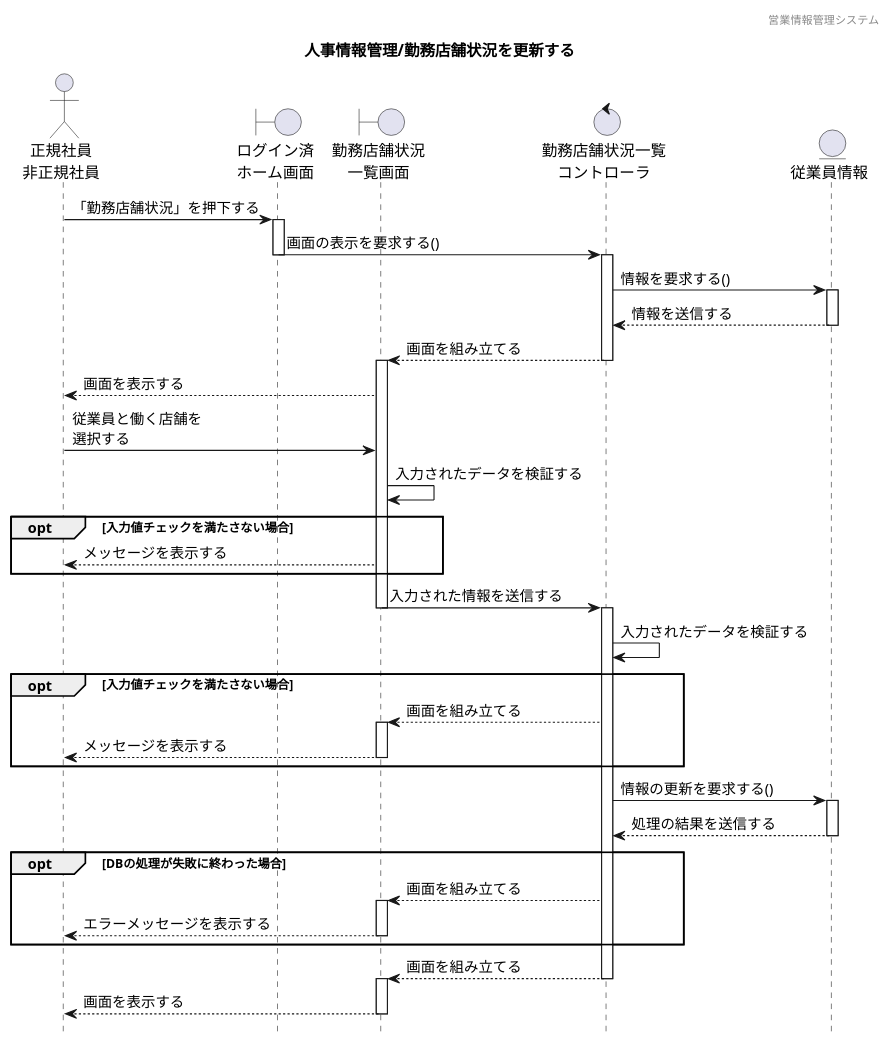
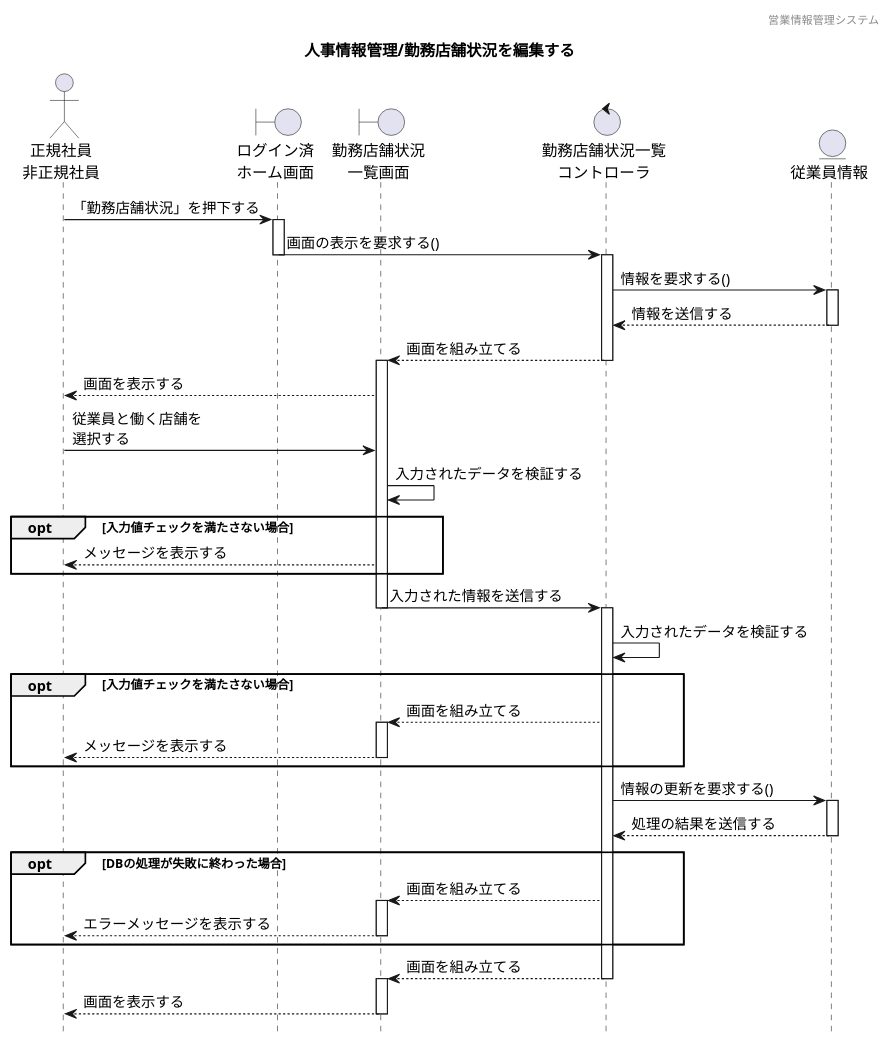
The diagram in 各種設計書/4シーケンス図/人事情報管理/3.勤務店舗状況編集/勤務店舗状況編集.plantuml (HaruShim/Sotuken), drawn with PlantUML before and after one commit. The commit also changed 3 other files, not shown here.

```diff
--- a/各種設計書/4シーケンス図/人事情報管理/3.勤務店舗状況編集/勤務店舗状況編集.plantuml
+++ b/各種設計書/4シーケンス図/人事情報管理/3.勤務店舗状況編集/勤務店舗状況編集.plantuml
@@ -1,72 +1,66 @@
 @startuml ../../images/勤務店舗状況編集/勤務店舗状況編集
 ' 下アイコン除去
 hide footbox
 ' ヘッダー
 header 営業情報管理システム
 ' タイトル
-title 人事情報管理/勤務店舗状況を更新する
-
-
+title 人事情報管理/勤務店舗状況を編集する
 
 ' actor "" as 
 actor "正規社員\n非正規社員" as a1
 
 ' boundary "" as 
 boundary "ログイン済\nホーム画面" as b1
 boundary "勤務店舗状況\n一覧画面" as b2
 
 ' control "" as 
 control "勤務店舗状況一覧\nコントローラ" as c1
 
 ' entity "" as
 entity "従業員情報" as e1
 
 a1 -> b1 : 「勤務店舗状況」を押下する
 activate b1
 b1 -> c1 : 画面の表示を要求する()
 deactivate b1
 activate c1
 c1 -> e1 : 情報を要求する()
 activate e1
 e1 --> c1 : 情報を送信する
 deactivate e1
 c1 --> b2 : 画面を組み立てる
 deactivate c1
 activate b2
 b2 --> a1 : 画面を表示する
 a1 -> b2 : 従業員と働く店舗を\n選択する
 b2 -> b2 : 入力されたデータを検証する
 opt  入力値チェックを満たさない場合
 b2 --> a1 : メッセージを表示する
 end
 b2 -> c1 : 入力された情報を送信する
 deactivate b2
 activate c1
 c1 -> c1 : 入力されたデータを検証する
 opt  入力値チェックを満たさない場合
 c1 --> b2 : 画面を組み立てる
 activate b2
 b2 --> a1 : メッセージを表示する
 deactivate b2
 end
 c1 -> e1 : 情報の更新を要求する()
 activate e1
 e1 --> c1 : 処理の結果を送信する
 deactivate e1
 opt DBの処理が失敗に終わった場合
 c1 --> b2 : 画面を組み立てる
 activate b2
 b2 --> a1 : エラーメッセージを表示する
 deactivate b2
 end
 c1 --> b2 : 画面を組み立てる
 deactivate c1
 activate b2
 b2 --> a1 : 画面を表示する
 deactivate b2
 
-
-
-
-
 @enduml
```
